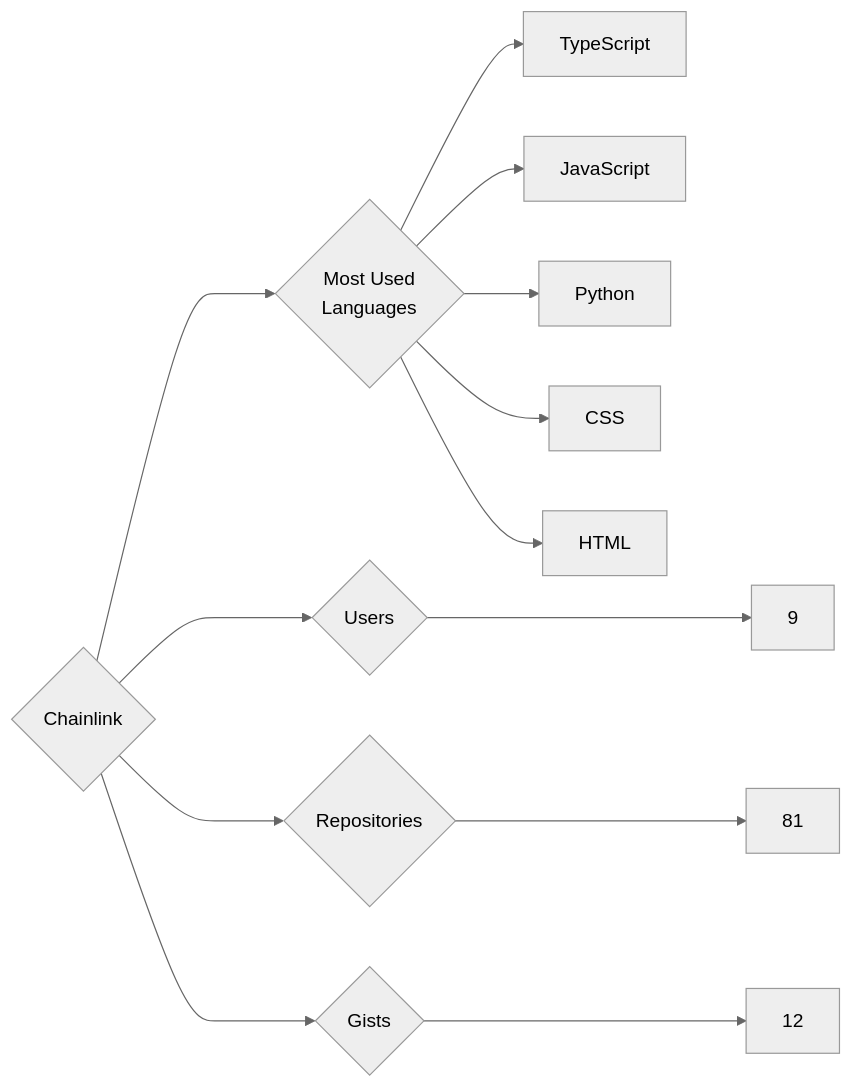
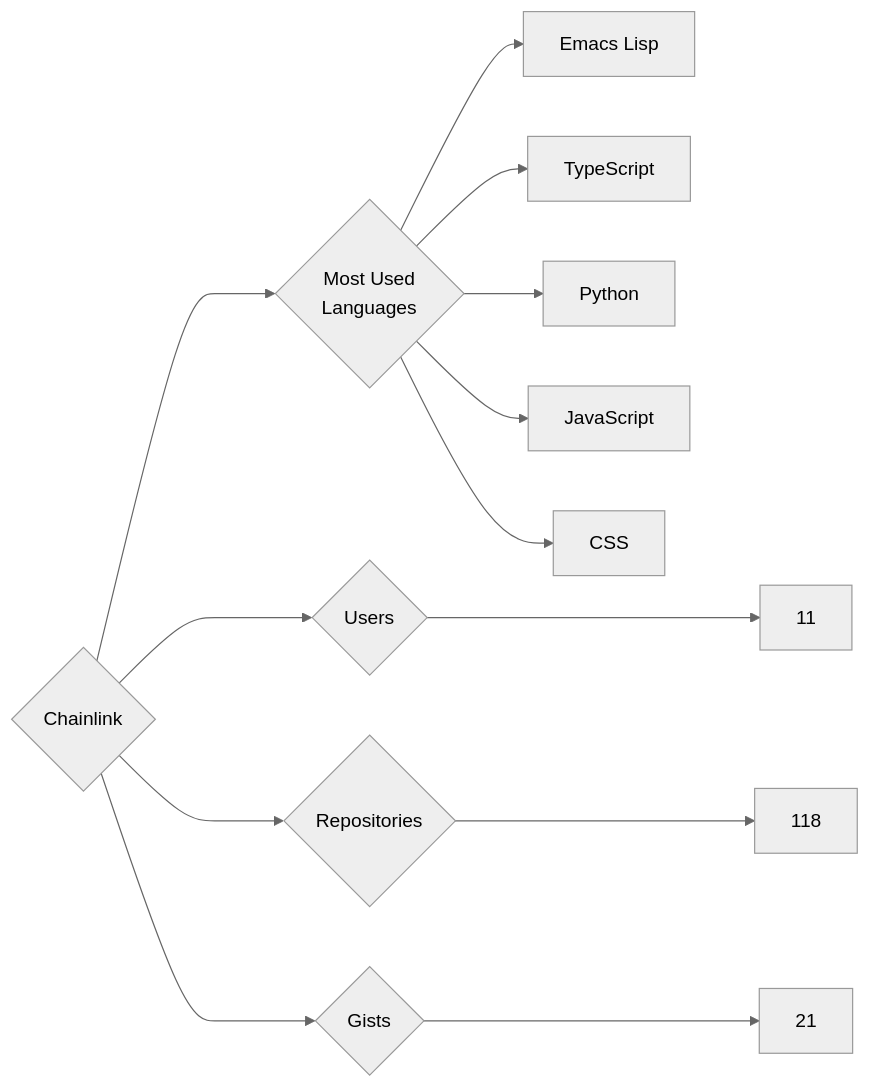
The diagram in targets/Chainlink/README.md (trickest/insiders), drawn with Mermaid (neutral theme) before and after one commit. The commit also changed 1167 other files, not shown here.

````diff
--- a/targets/Chainlink/README.md
+++ b/targets/Chainlink/README.md
@@ -3,13 +3,13 @@
 ```mermaid
 graph LR
 COMPANY_NAME{Chainlink}
-COMPANY_NAME ---> U{Users} ---> UN[9]
-COMPANY_NAME ---> R{Repositories} ---> RN[81]
-COMPANY_NAME ---> G{Gists} ---> GN[12]
+COMPANY_NAME ---> U{Users} ---> UN[11]
+COMPANY_NAME ---> R{Repositories} ---> RN[118]
+COMPANY_NAME ---> G{Gists} ---> GN[21]
 COMPANY_NAME ---> ML{Most Used<br>Languages}
+ML --> Emacs_Lisp[Emacs Lisp]
 ML --> TypeScript[TypeScript]
+ML --> Python[Python]
 ML --> JavaScript[JavaScript]
-ML --> Python[Python]
 ML --> CSS[CSS]
-ML --> HTML[HTML]
 ```
````
